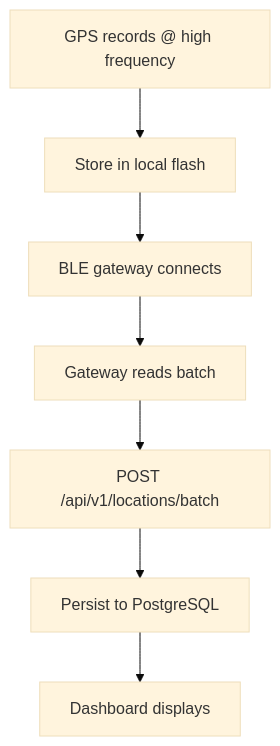
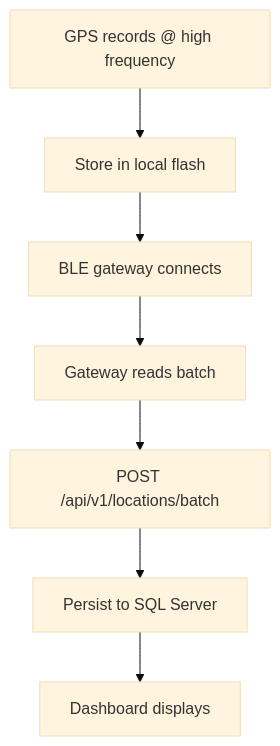
One commit to rodrigotristany/asset-tracker-platform changed the third of 6 diagrams in specs/diagrams.md. Above: the diagram before and after it, drawn with Mermaid (base theme). The commit also changed other lines of this file and 11 other files, not shown here.

````diff
--- a/specs/diagrams.md
+++ b/specs/diagrams.md
@@ -80,9 +80,9 @@
 ```mermaid
 flowchart TD
     A[GPS records @ high frequency] --> B[Store in local flash]
     B --> C[BLE gateway connects]
     C --> D[Gateway reads batch]
     D --> E[POST /api/v1/locations/batch]
-    E --> F[Persist to PostgreSQL]
+    E --> F[Persist to SQL Server]
     F --> G[Dashboard displays]
 ```
````
